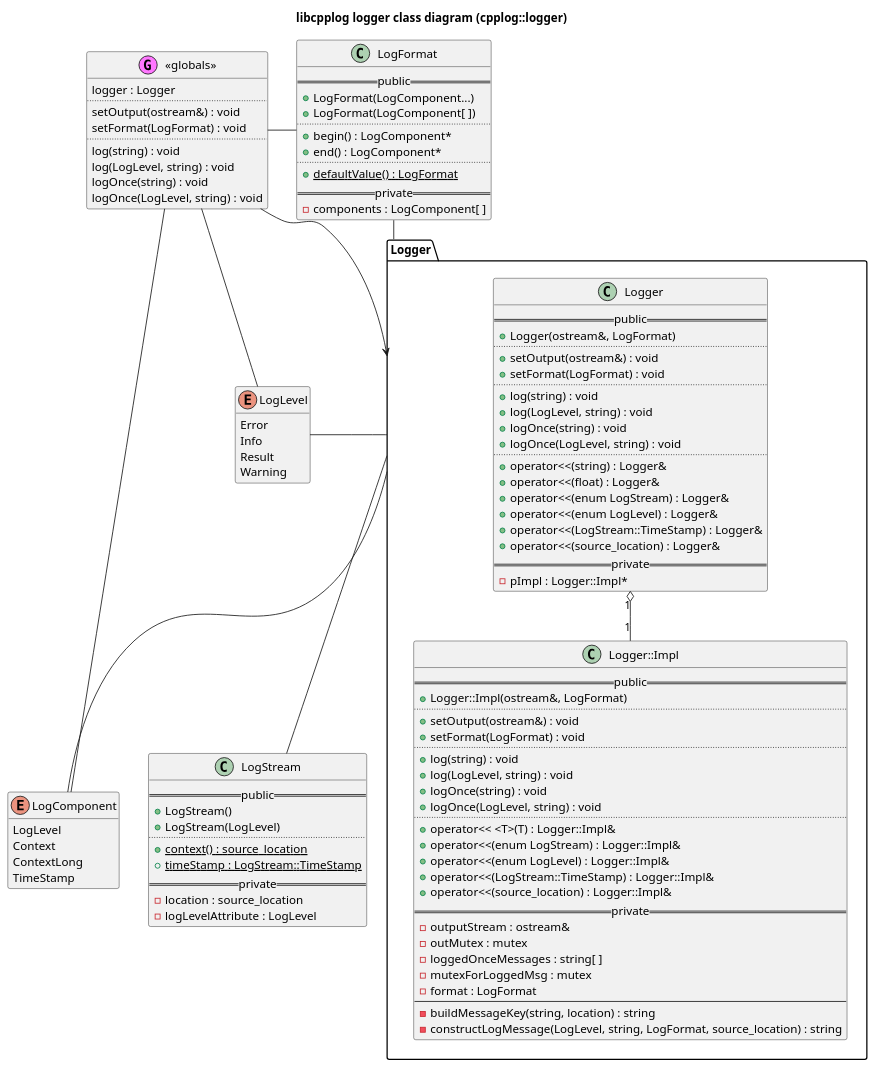
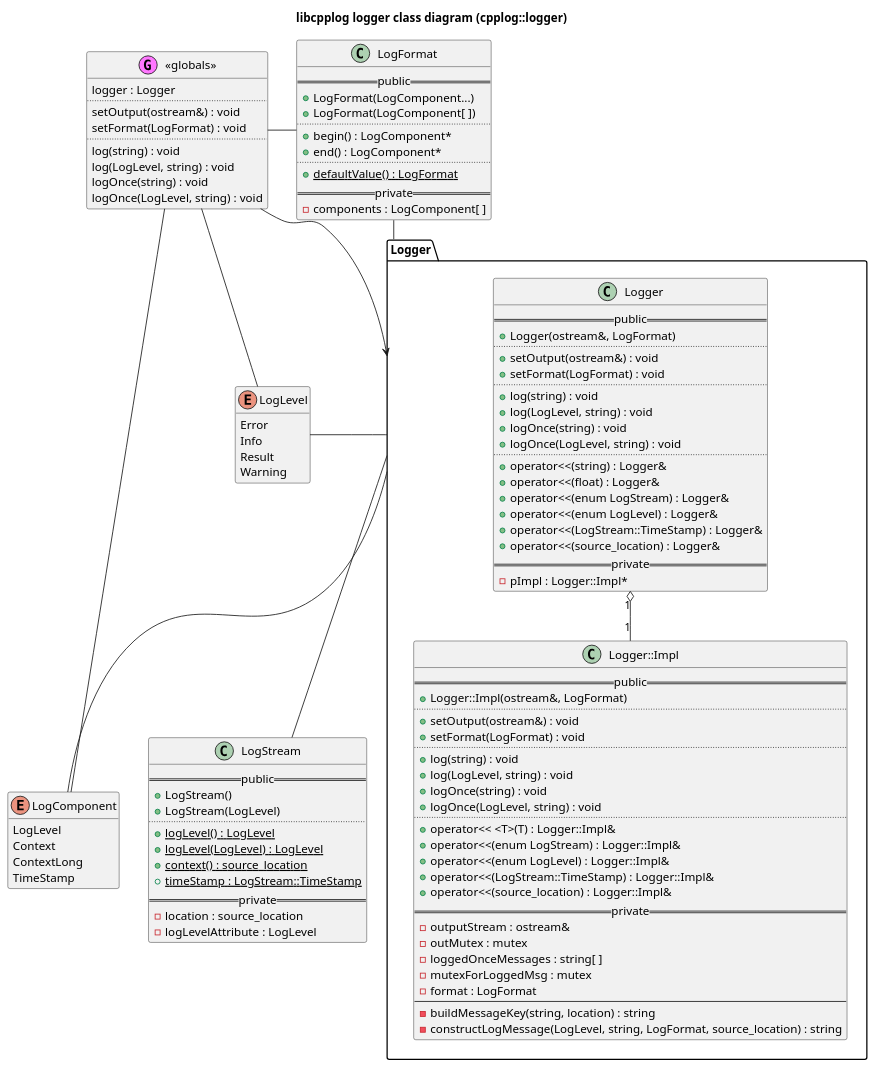
One commit to kfpgk/libcpplog changed the diagram in libcpplog/logger/doc/class.puml. Above: the diagram before and after it, drawn with PlantUML. The commit also changed 6 other files, not shown here.

Commit message:
LogStream: Add static logLevel() method to allow usage that is consistent to context() and timeStamp()

```diff
--- a/libcpplog/logger/doc/class.puml
+++ b/libcpplog/logger/doc/class.puml
@@ -1,128 +1,130 @@
 @startuml logger-class-diagram
 
 title libcpplog logger class diagram (cpplog::logger)
 
 enum LogLevel {
     Error
     Info
     Result
     Warning
 }
 hide LogLevel methods
 
 enum LogComponent {
     LogLevel
     Context
     ContextLong
     TimeStamp
 }
 hide LogComponent methods
 
 class LogStream {
     == public ==
     + LogStream()
     + LogStream(LogLevel)
     ..
+    + {static} logLevel() : LogLevel
+    + {static} logLevel(LogLevel) : LogLevel
     + {static} context() : source_location
     + {static} timeStamp : LogStream::TimeStamp
     == private ==
     - location : source_location
     - logLevelAttribute : LogLevel
 }
 
 class LogFormat {
     == public ==
     + LogFormat(LogComponent...)
     + LogFormat(LogComponent[ ])
     ..
     + begin() : LogComponent*
     + end() : LogComponent*
     ..
     + {static} defaultValue() : LogFormat
     == private ==
     - components : LogComponent[ ]
 }
 
 package Logger as LoggerPackage {
     class Logger {
         == public ==
         + Logger(ostream&, LogFormat)
         ..
         + setOutput(ostream&) : void
         + setFormat(LogFormat) : void
         ..
         + log(string) : void
         + log(LogLevel, string) : void
         + logOnce(string) : void
         + logOnce(LogLevel, string) : void
         ..
         + operator<<(string) : Logger&
         + operator<<(float) : Logger&
         + operator<<(enum LogStream) : Logger&
         + operator<<(enum LogLevel) : Logger&
         + operator<<(LogStream::TimeStamp) : Logger&
         + operator<<(source_location) : Logger&
         == private ==
         - pImpl : Logger::Impl*
     }
 
     class "Logger::Impl" as LoggerImpl {
         == public ==
         + Logger::Impl(ostream&, LogFormat)
         ..
         + setOutput(ostream&) : void
         + setFormat(LogFormat) : void
         ..
         + log(string) : void
         + log(LogLevel, string) : void
         + logOnce(string) : void
         + logOnce(LogLevel, string) : void
         ..
         + operator<< <T>(T) : Logger::Impl&
         + operator<<(enum LogStream) : Logger::Impl&
         + operator<<(enum LogLevel) : Logger::Impl&
         + operator<<(LogStream::TimeStamp) : Logger::Impl&
         + operator<<(source_location) : Logger::Impl&
         == private ==
         - outputStream : ostream&
         - outMutex : mutex
         - loggedOnceMessages : string[ ]
         - mutexForLoggedMsg : mutex
         - format : LogFormat
         --
         - buildMessageKey(string, location) : string
         - constructLogMessage(LogLevel, string, LogFormat, source_location) : string
     }
 }
 
 
 class "<<globals>>" as globals << (G,#FF77FF) >> {
     logger : Logger
     ..
     setOutput(ostream&) : void
     setFormat(LogFormat) : void
     ..
     log(string) : void
     log(LogLevel, string) : void
     logOnce(string) : void
     logOnce(LogLevel, string) : void
 }
 
 Logger "1" o-- "1" LoggerImpl
 
 LogFormat - LoggerPackage
 LogLevel - LoggerPackage
 LogComponent - LoggerPackage
 
 LoggerPackage -- LogStream
 
 globals - LogFormat
 globals - LogLevel
 globals - LogComponent
 
 LogFormat -[hidden]down-> LogLevel
 LogLevel -[hidden]down-> LogComponent
 
 globals -left-> LoggerPackage
 
 @enduml
```
